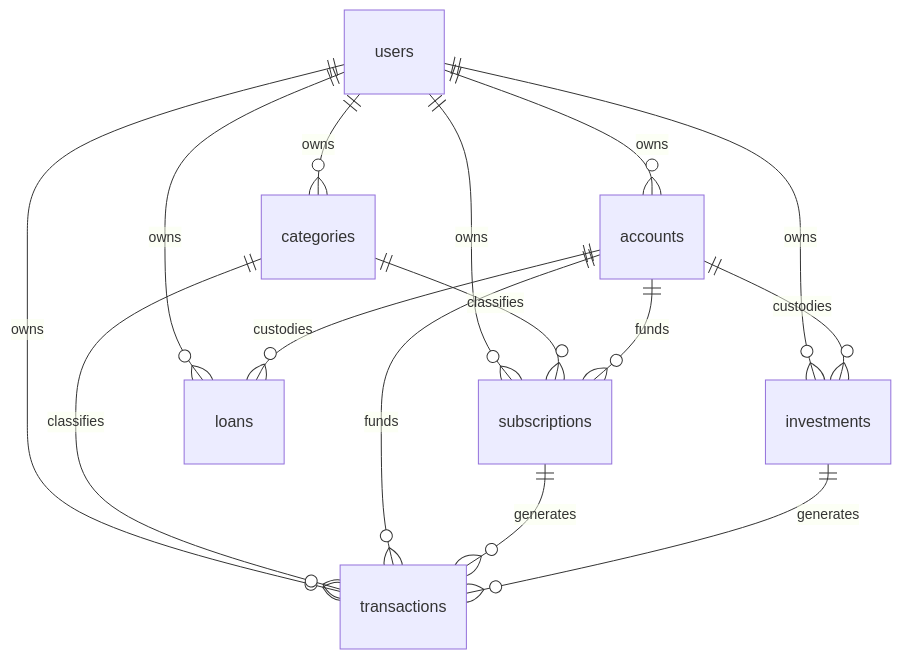
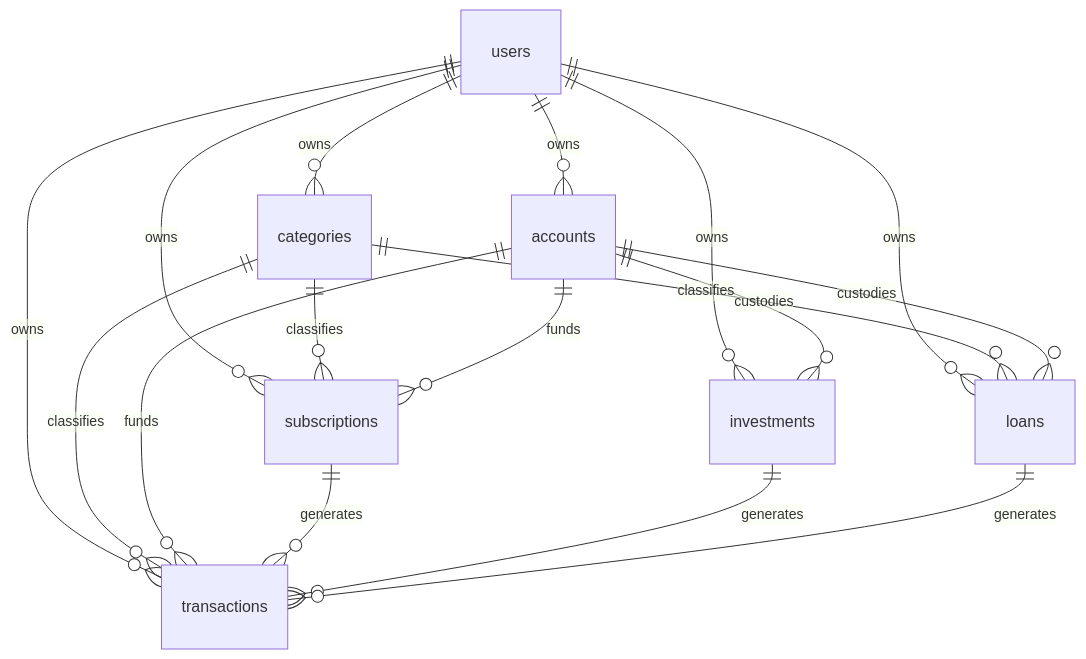
Before and after one commit to moablive/LBS_MoneyAPP: the second of 2 diagrams in README.md, drawn with Mermaid. The commit also changed other lines of this file and 6 other files, not shown here.

````diff
--- a/README.md
+++ b/README.md
@@ -202,17 +202,19 @@
 ```mermaid
 erDiagram
   users ||--o{ categories    : owns
   users ||--o{ accounts      : owns
   users ||--o{ transactions  : owns
   users ||--o{ subscriptions : owns
   users ||--o{ investments   : owns
   users ||--o{ loans         : owns
   categories ||--o{ transactions  : classifies
   categories ||--o{ subscriptions : classifies
+  categories ||--o{ loans         : classifies
   accounts ||--o{ transactions  : funds
   accounts ||--o{ subscriptions : funds
   accounts ||--o{ investments   : custodies
   accounts ||--o{ loans         : custodies
   subscriptions ||--o{ transactions : generates
   investments ||--o{ transactions   : generates
+  loans ||--o{ transactions          : generates
 ```
````
